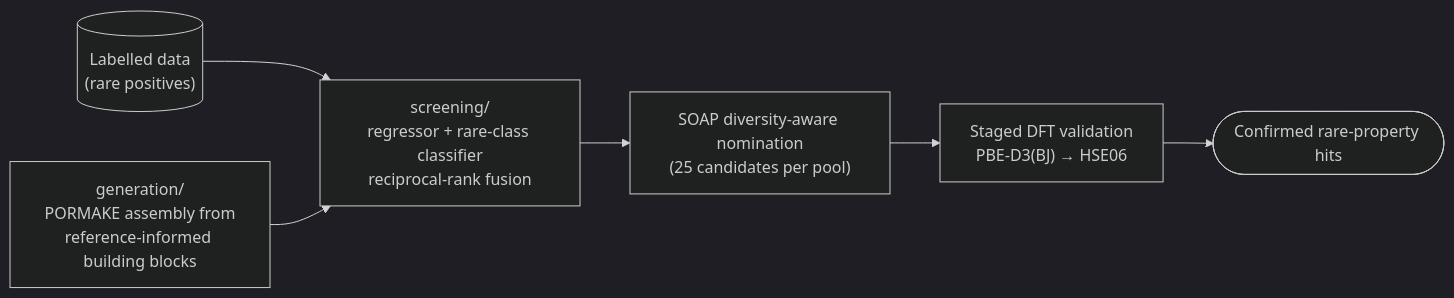
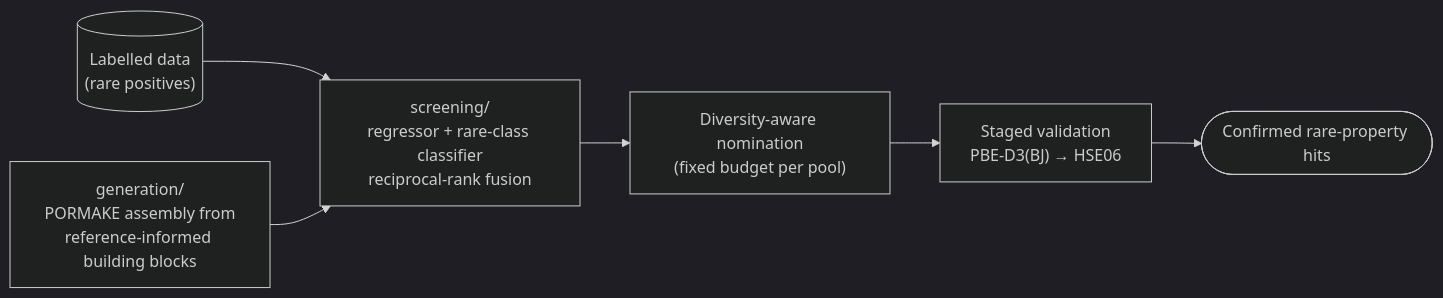
The diagram in README.md (EYErbil/Rare-Property-Retrieval-in-MOFs), drawn with Mermaid (dark theme) before and after one commit. The commit also changed other lines of this file and 2 other files, not shown here.

````diff
--- a/README.md
+++ b/README.md
@@ -39,8 +61,8 @@
 ```mermaid
 flowchart LR
     L[("Labelled data<br/>(rare positives)")] --> S["screening/<br/>regressor + rare-class classifier<br/>reciprocal-rank fusion"]
     G["generation/<br/>PORMAKE assembly from<br/>reference-informed building blocks"] --> S
-    S --> N["SOAP diversity-aware nomination<br/>(25 candidates per pool)"]
-    N --> V["Staged DFT validation<br/>PBE-D3(BJ) → HSE06"]
+    S --> N["Diversity-aware nomination<br/>(fixed budget per pool)"]
+    N --> V["Staged validation<br/>PBE-D3(BJ) → HSE06"]
     V --> H(["Confirmed rare-property hits"])
 ```
````
